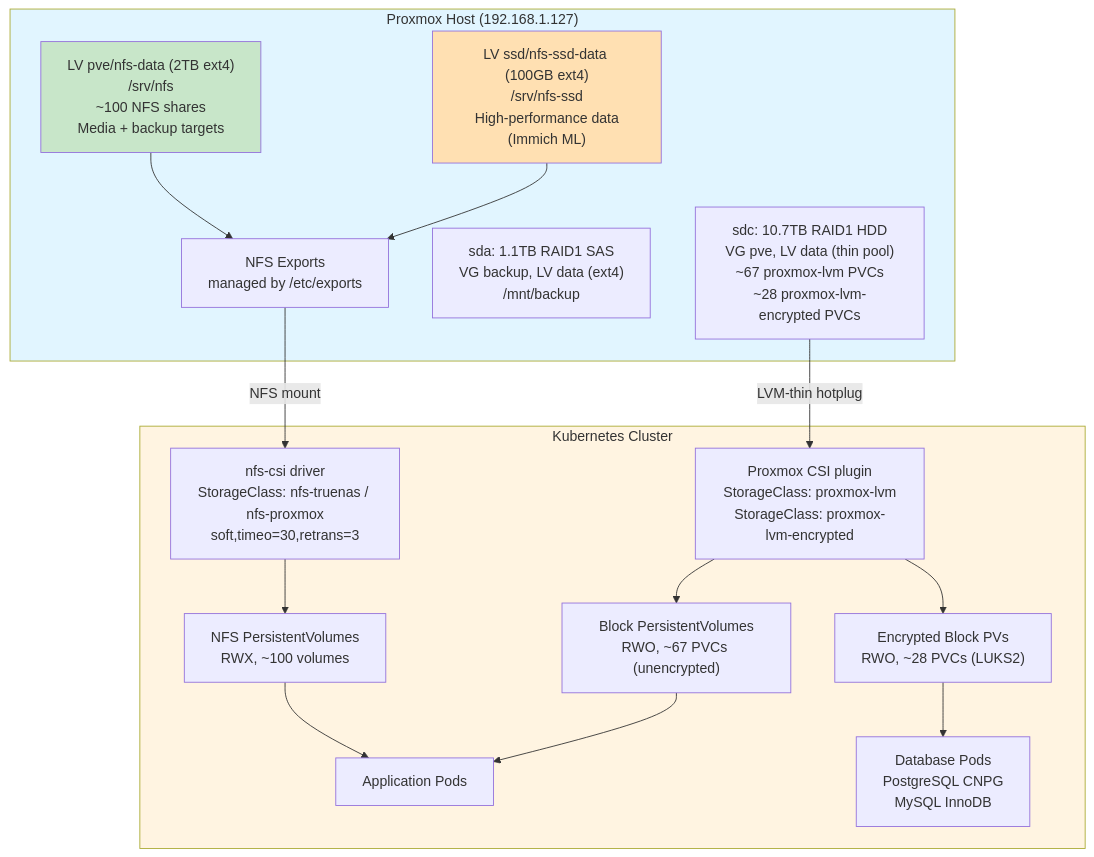
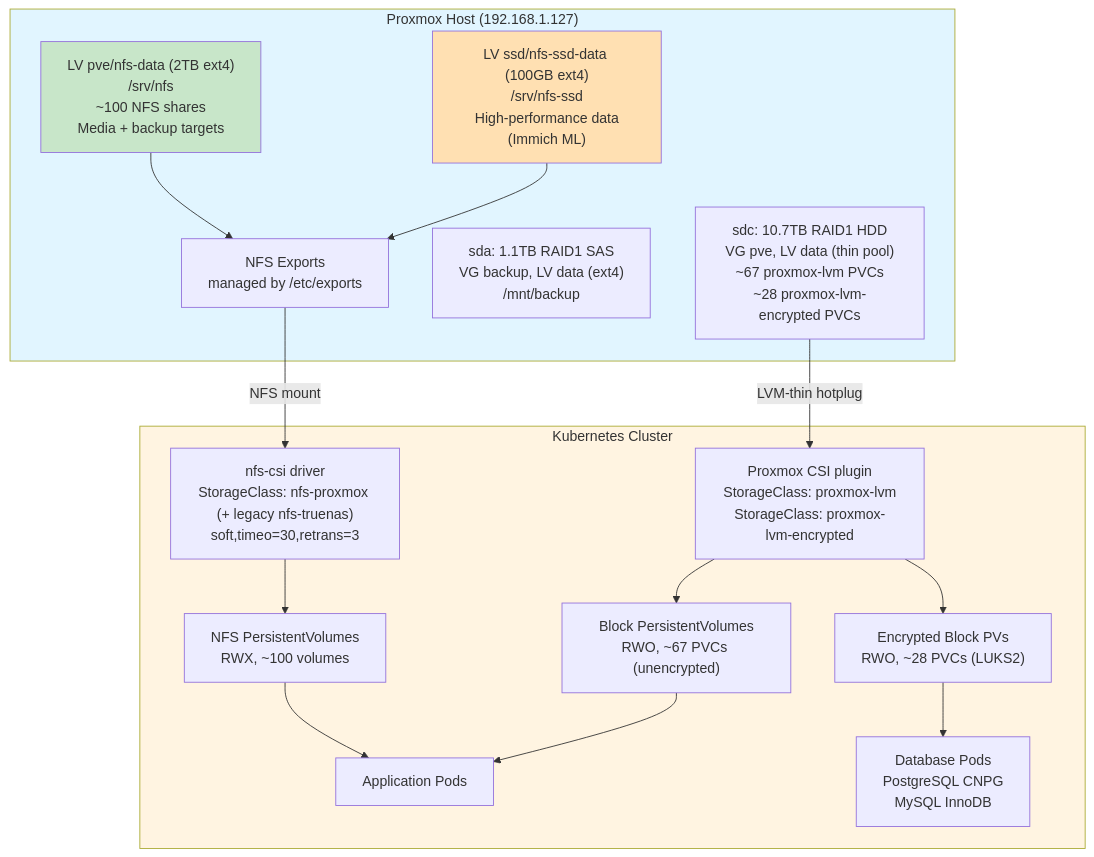
The diagram in docs/architecture/storage.md (ViktorBarzin/infra), drawn with Mermaid before and after one commit. The commit also changed other lines of this file and 18 other files, not shown here.

````diff
--- a/docs/architecture/storage.md
+++ b/docs/architecture/storage.md
@@ -29,40 +29,40 @@
 ```mermaid
 graph TB
     subgraph Proxmox["Proxmox Host (192.168.1.127)"]
         sdc["sdc: 10.7TB RAID1 HDD<br/>VG pve, LV data (thin pool)<br/>~67 proxmox-lvm PVCs<br/>~28 proxmox-lvm-encrypted PVCs"]
         sda["sda: 1.1TB RAID1 SAS<br/>VG backup, LV data (ext4)<br/>/mnt/backup"]
         NFS_HDD["LV pve/nfs-data (2TB ext4)<br/>/srv/nfs<br/>~100 NFS shares<br/>Media + backup targets"]
         NFS_SSD["LV ssd/nfs-ssd-data (100GB ext4)<br/>/srv/nfs-ssd<br/>High-performance data<br/>(Immich ML)"]
         NFS_Exports["NFS Exports<br/>managed by /etc/exports"]
         NFS_HDD --> NFS_Exports
         NFS_SSD --> NFS_Exports
     end
 
     subgraph K8s["Kubernetes Cluster"]
-        CSI_NFS["nfs-csi driver<br/>StorageClass: nfs-truenas / nfs-proxmox<br/>soft,timeo=30,retrans=3"]
+        CSI_NFS["nfs-csi driver<br/>StorageClass: nfs-proxmox (+ legacy nfs-truenas)<br/>soft,timeo=30,retrans=3"]
         CSI_PVE["Proxmox CSI plugin<br/>StorageClass: proxmox-lvm<br/>StorageClass: proxmox-lvm-encrypted"]
 
         NFS_PV["NFS PersistentVolumes<br/>RWX, ~100 volumes"]
         Block_PV["Block PersistentVolumes<br/>RWO, ~67 PVCs (unencrypted)"]
         Enc_PV["Encrypted Block PVs<br/>RWO, ~28 PVCs (LUKS2)"]
 
         Pods["Application Pods"]
         DBPods["Database Pods<br/>PostgreSQL CNPG<br/>MySQL InnoDB"]
     end
 
     NFS_Exports -->|NFS mount| CSI_NFS
     sdc -->|LVM-thin hotplug| CSI_PVE
 
     CSI_NFS --> NFS_PV
     CSI_PVE --> Block_PV
     CSI_PVE --> Enc_PV
 
     NFS_PV --> Pods
     Block_PV --> Pods
     Enc_PV --> DBPods
 
     style Proxmox fill:#e1f5ff
     style K8s fill:#fff4e1
     style NFS_HDD fill:#c8e6c9
     style NFS_SSD fill:#ffe0b2
 ```
````
